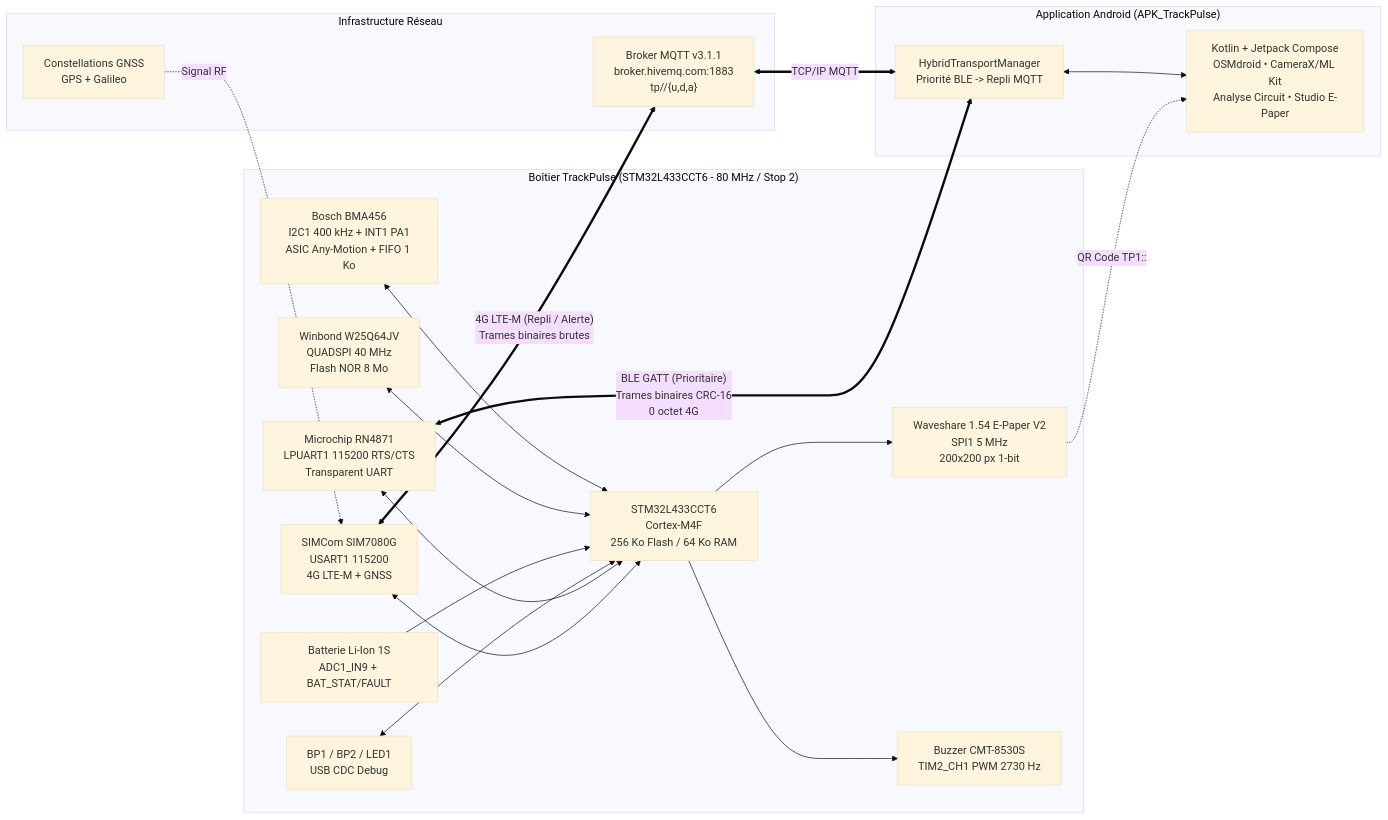
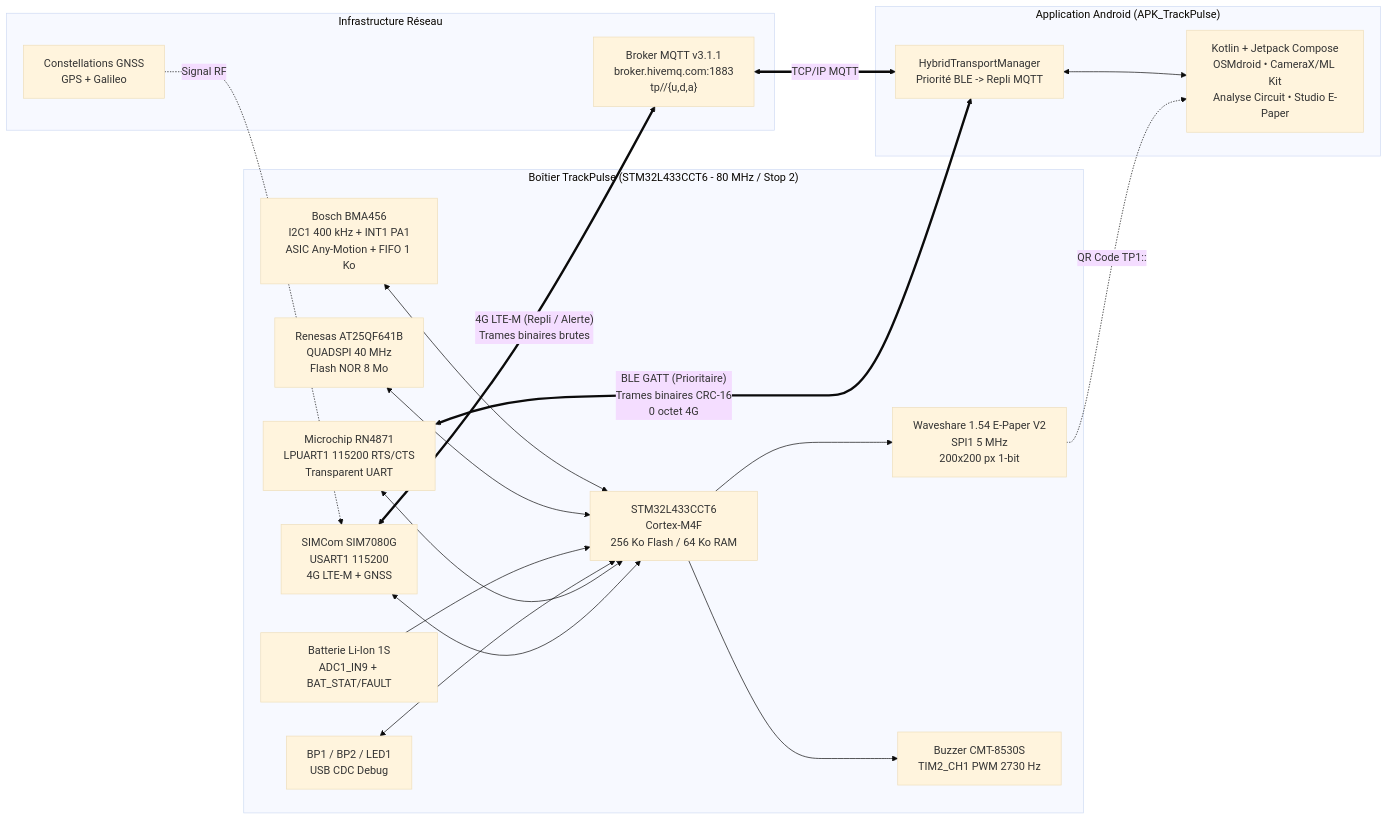
The first of 3 diagrams in CODE_TrackPulse/RAPPORT_TECHNIQUE_TRACKPULSE.md (Augustin-29/Application-Syst-me), drawn with Mermaid (base theme) before and after one commit. The commit also changed other lines of this file and 14 other files, not shown here.

````diff
--- a/CODE_TrackPulse/RAPPORT_TECHNIQUE_TRACKPULSE.md
+++ b/CODE_TrackPulse/RAPPORT_TECHNIQUE_TRACKPULSE.md
@@ -70,40 +70,40 @@
 ```mermaid
 flowchart LR
     subgraph BOITIER["Boîtier TrackPulse (STM32L433CCT6 - 80 MHz / Stop 2)"]
         MCU["STM32L433CCT6\nCortex-M4F\n256 Ko Flash / 64 Ko RAM"]
         BMA["Bosch BMA456\nI2C1 400 kHz + INT1 PA1\nASIC Any-Motion + FIFO 1 Ko"]
-        QSPI["Winbond W25Q64JV\nQUADSPI 40 MHz\nFlash NOR 8 Mo"]
+        QSPI["Renesas AT25QF641B\nQUADSPI 40 MHz\nFlash NOR 8 Mo"]
         EPD["Waveshare 1.54 E-Paper V2\nSPI1 5 MHz\n200x200 px 1-bit"]
         BUZ["Buzzer CMT-8530S\nTIM2_CH1 PWM 2730 Hz"]
         BAT["Batterie Li-Ion 1S\nADC1_IN9 + BAT_STAT/FAULT"]
         HMI["BP1 / BP2 / LED1\nUSB CDC Debug"]
         BLE["Microchip RN4871\nLPUART1 115200 RTS/CTS\nTransparent UART"]
         MODEM["SIMCom SIM7080G\nUSART1 115200\n4G LTE-M + GNSS"]
 
         BMA <--> MCU
         QSPI <--> MCU
         MCU --> EPD
         MCU --> BUZ
         BAT --> MCU
         HMI <--> MCU
         BLE <--> MCU
         MODEM <--> MCU
     end
 
     subgraph CLOUD["Infrastructure Réseau"]
         BROKER["Broker MQTT v3.1.1\nbroker.hivemq.com:1883\ntp/<id>/{u,d,a}"]
         SAT["Constellations GNSS\nGPS + Galileo"]
     end
 
     subgraph ANDROID["Application Android (APK_TrackPulse)"]
         HYB["HybridTransportManager\nPriorité BLE -> Repli MQTT"]
         APP["Kotlin + Jetpack Compose\nOSMdroid • CameraX/ML Kit\nAnalyse Circuit • Studio E-Paper"]
         HYB <--> APP
     end
 
     BLE <== "BLE GATT (Prioritaire)\nTrames binaires CRC-16\n0 octet 4G" ==> HYB
     MODEM <== "4G LTE-M (Repli / Alerte)\nTrames binaires brutes" ==> BROKER
     BROKER <== "TCP/IP MQTT" ==> HYB
     SAT -. "Signal RF" .-> MODEM
     EPD -. "QR Code TP1:<ID>:<KEY>" .-> APP
 ```
````
